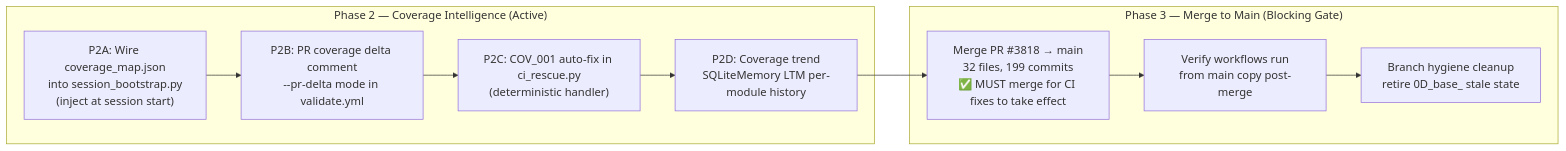
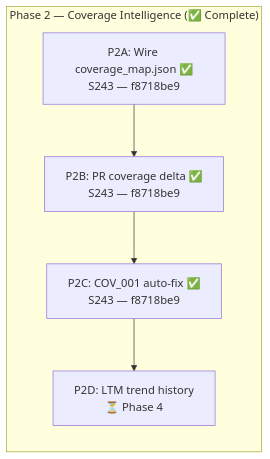
One commit to Aries-Serpent/_codex_ changed the third of 6 diagrams in .github/agents/cognitive-brain-manager.md. Above: the diagram before and after it, drawn with Mermaid. The commit also changed other lines of this file and 6 other files, not shown here.

````diff
--- a/.github/agents/cognitive-brain-manager.md
+++ b/.github/agents/cognitive-brain-manager.md
@@ -71,18 +171,10 @@
 ```mermaid
 graph LR
-    subgraph PHASE2["Phase 2 — Coverage Intelligence (Active)"]
-        P2A["P2A: Wire coverage_map.json\ninto session_bootstrap.py\n(inject at session start)"]
-        P2B["P2B: PR coverage delta comment\n--pr-delta mode in validate.yml"]
-        P2C["P2C: COV_001 auto-fix in ci_rescue.py\n(deterministic handler)"]
-        P2D["P2D: Coverage trend\nSQLiteMemory LTM per-module history"]
+    subgraph PHASE2["Phase 2 — Coverage Intelligence (✅ Complete)"]
+        P2A["P2A: Wire coverage_map.json ✅\nS243 — f8718be9"]
+        P2B["P2B: PR coverage delta ✅\nS243 — f8718be9"]
+        P2C["P2C: COV_001 auto-fix ✅\nS243 — f8718be9"]
+        P2D["P2D: LTM trend history\n⏳ Phase 4"]
     end
-
-    subgraph PHASE3["Phase 3 — Merge to Main (Blocking Gate)"]
-        P3A["Merge PR #3818 → main\n32 files, 199 commits\n✅ MUST merge for CI fixes to take effect"]
-        P3B["Verify workflows run\nfrom main copy post-merge"]
-        P3C["Branch hygiene cleanup\nretire 0D_base_ stale state"]
-    end
-
-    P2A --> P2B --> P2C --> P2D --> P3A
-    P3A --> P3B --> P3C
+    P2A --> P2B --> P2C --> P2D
 ```
````
